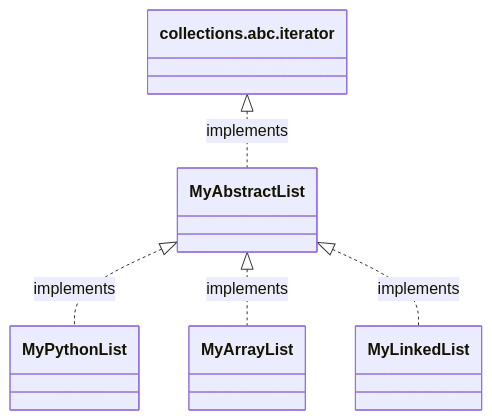
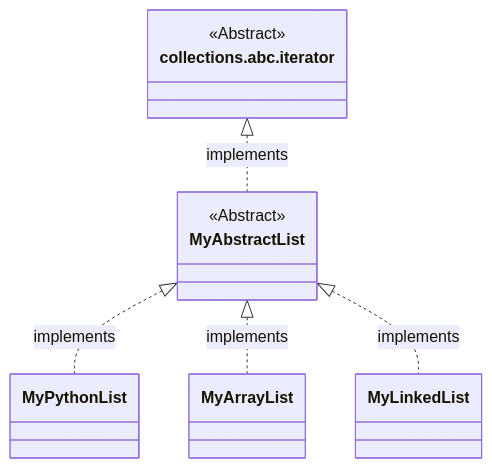
One commit to iamanigeeit/DDW2023 changed the diagram in docs/05-inheritance-graph/array-linkedlist.md. Above: the diagram before and after it, drawn with Mermaid. The commit also changed 1 other file, not shown here.

````diff
--- a/docs/05-inheritance-graph/array-linkedlist.md
+++ b/docs/05-inheritance-graph/array-linkedlist.md
@@ -214,7 +214,11 @@
 ```mermaid
 classDiagram
+    class MyAbstractList
+    <<Abstract>> MyAbstractList
+    class `collections.abc.iterator`
+    <<Abstract>> `collections.abc.iterator`
     MyAbstractList <|.. MyPythonList : implements
     MyAbstractList <|.. MyArrayList  : implements
     MyAbstractList <|.. MyLinkedList  : implements
     `collections.abc.iterator` <|.. MyAbstractList :implements
 ```
````
